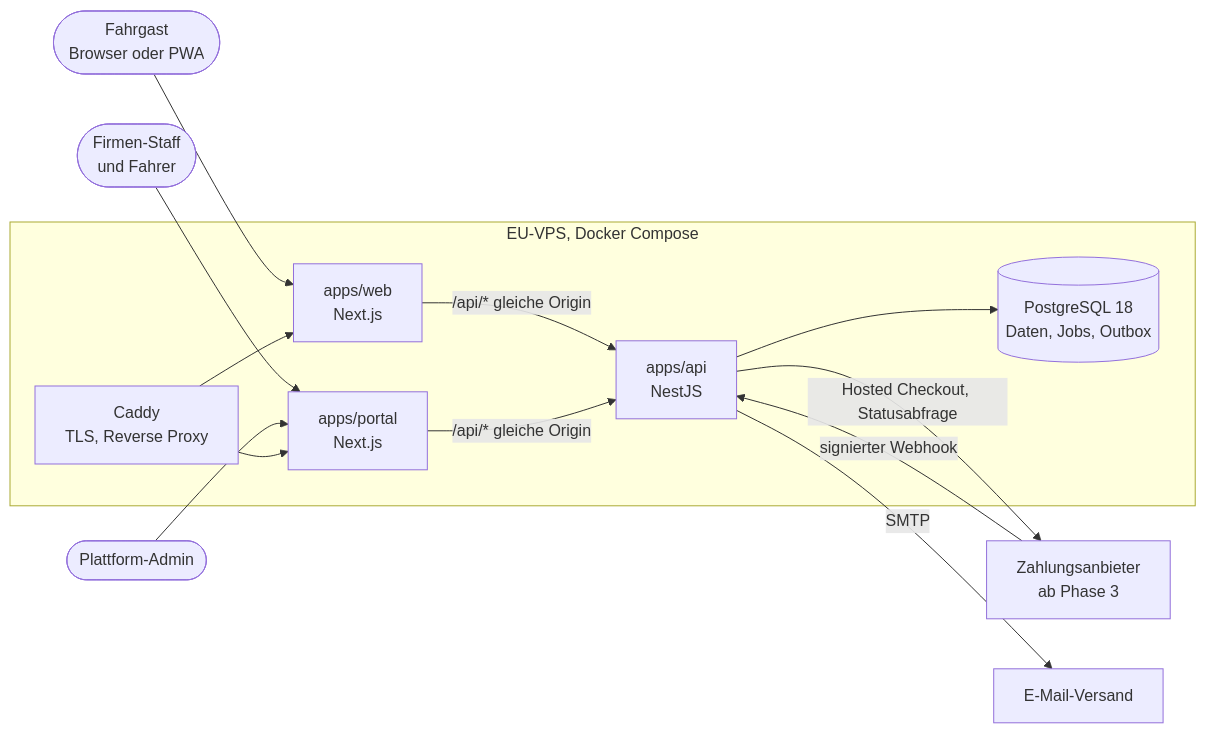
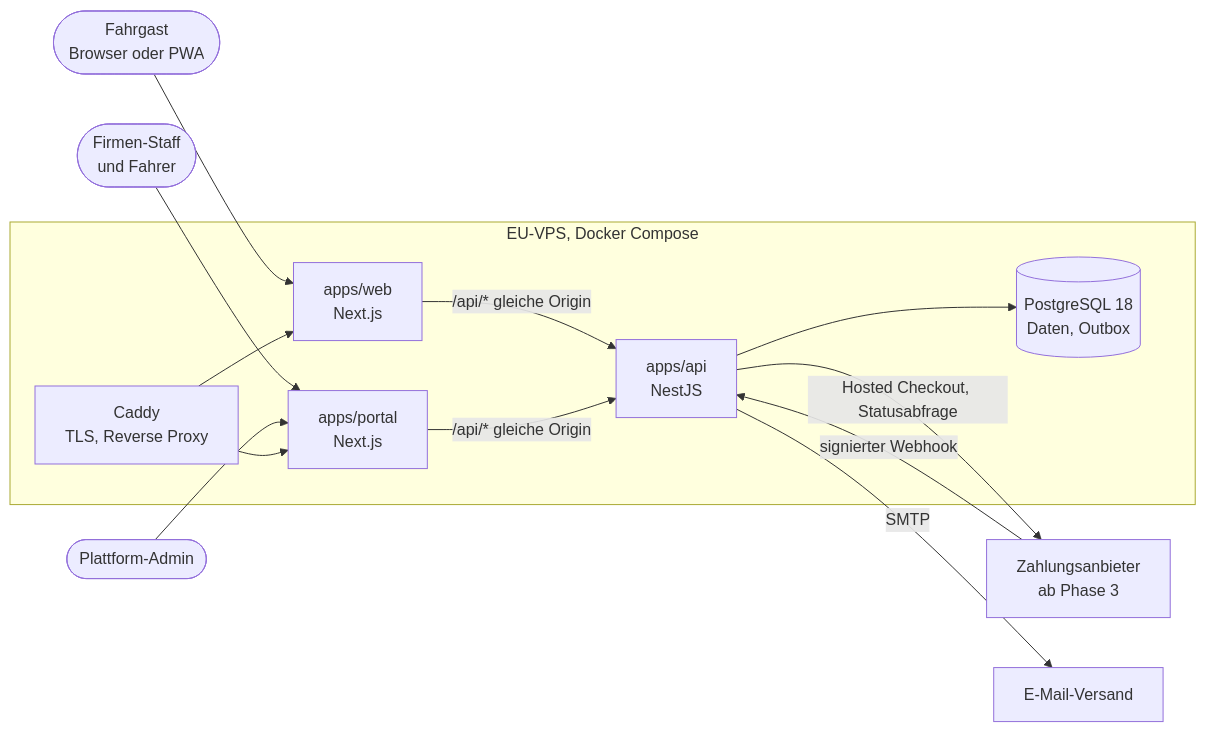
The diagram in docs/architektur.md (Wegito/Masar), drawn with Mermaid before and after one commit. The commit also changed other lines of this file and 13 other files, not shown here.

````diff
--- a/docs/architektur.md
+++ b/docs/architektur.md
@@ -9,16 +9,16 @@
 ```mermaid
 flowchart LR
   fahrgast([Fahrgast<br/>Browser oder PWA]) --> web
   staff([Firmen-Staff<br/>und Fahrer]) --> portal
   admin([Plattform-Admin]) --> portal
   subgraph server [EU-VPS, Docker Compose]
     caddy[Caddy<br/>TLS, Reverse Proxy] --> web[apps/web<br/>Next.js]
     caddy --> portal[apps/portal<br/>Next.js]
     web -- "/api/* gleiche Origin" --> api[apps/api<br/>NestJS]
     portal -- "/api/* gleiche Origin" --> api
-    api --> db[(PostgreSQL 18<br/>Daten, Jobs, Outbox)]
+    api --> db[(PostgreSQL 18<br/>Daten, Outbox)]
   end
   ecash[Zahlungsanbieter<br/>ab Phase 3] -- "signierter Webhook" --> api
   api -- "Hosted Checkout, Statusabfrage" --> ecash
   api -- SMTP --> mail[E-Mail-Versand]
 ```
````
